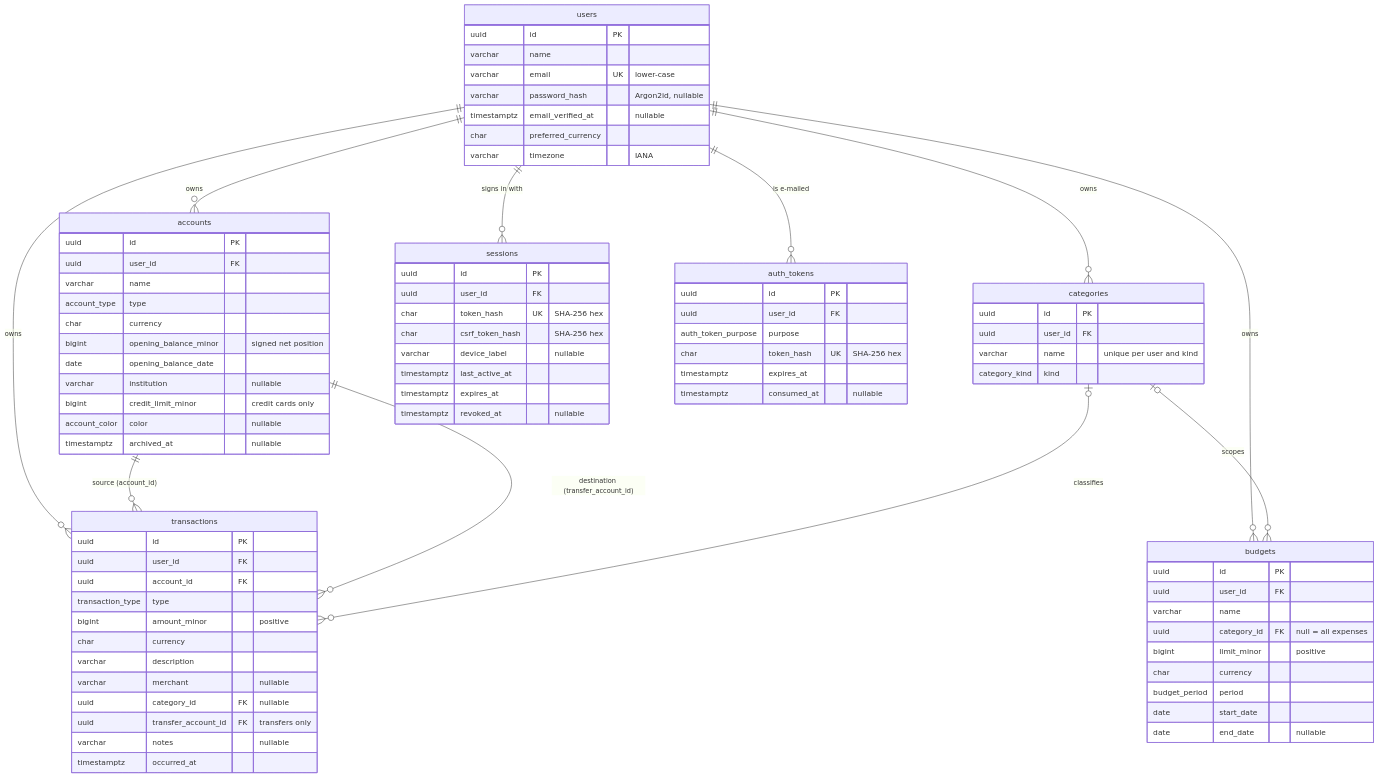
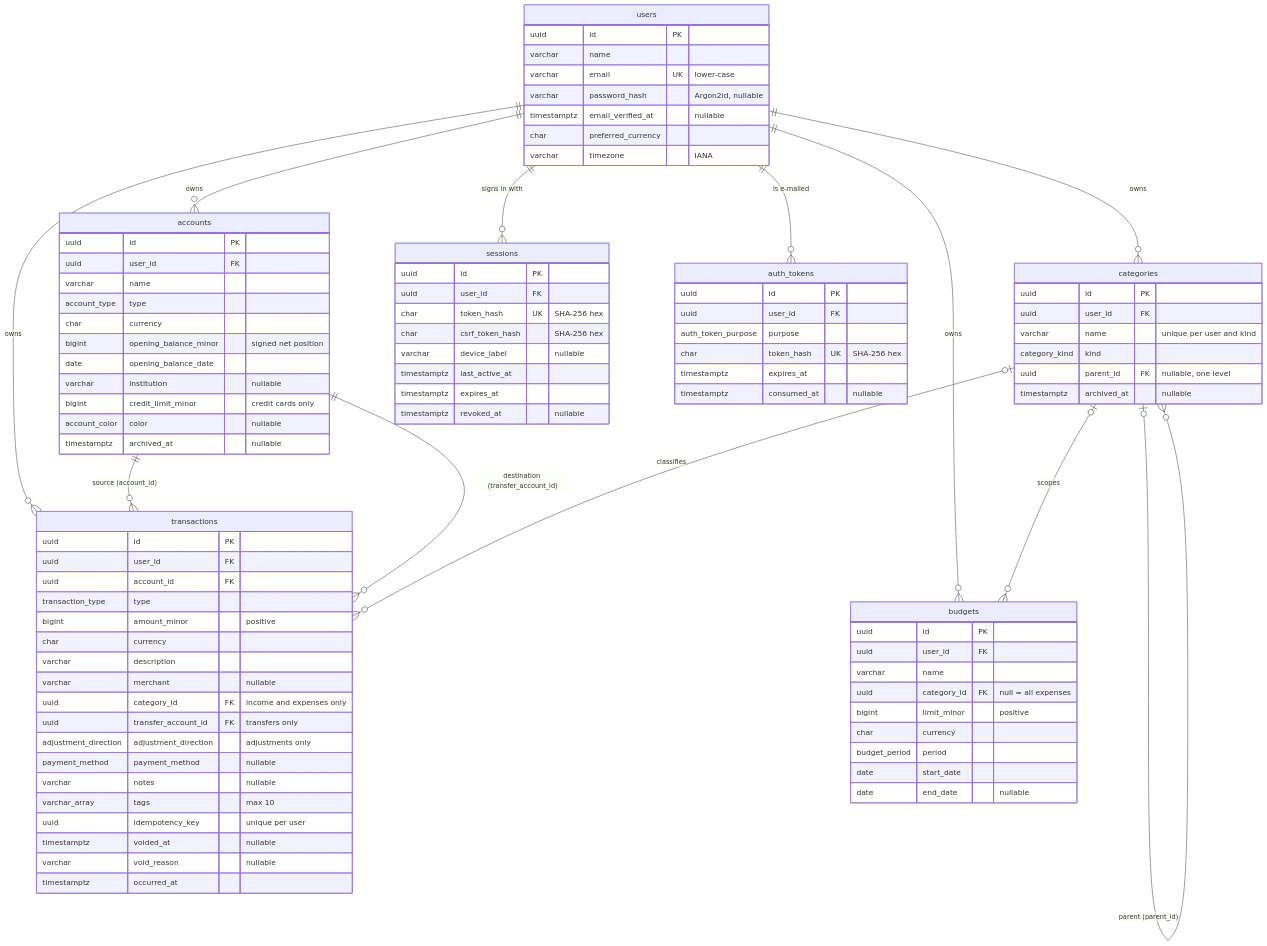
Before and after one commit to Dhruwvaviya999/calm-cash: the diagram in docs/database-design.md, drawn with Mermaid. The commit also changed other lines of this file and 101 other files, not shown here.

First line of the commit message:
feat(transactions): add transaction ledger, reconciliation, categories, and tags

```diff
--- a/docs/database-design.md
+++ b/docs/database-design.md
@@ -18,6 +18,7 @@
     users ||--o{ auth_tokens : "is e-mailed"
     accounts ||--o{ transactions : "source (account_id)"
     accounts ||--o{ transactions : "destination (transfer_account_id)"
+    categories |o--o{ categories : "parent (parent_id)"
     categories |o--o{ transactions : classifies
     categories |o--o{ budgets : scopes
 
@@ -66,6 +67,8 @@
         uuid user_id FK
         varchar name "unique per user and kind"
         category_kind kind
+        uuid parent_id FK "nullable, one level"
+        timestamptz archived_at "nullable"
     }
     transactions {
         uuid id PK
@@ -76,9 +79,15 @@
         char currency
         varchar description
         varchar merchant "nullable"
-        uuid category_id FK "nullable"
+        uuid category_id FK "income and expenses only"
         uuid transfer_account_id FK "transfers only"
+        adjustment_direction adjustment_direction "adjustments only"
+        payment_method payment_method "nullable"
         varchar notes "nullable"
+        varchar_array tags "max 10"
+        uuid idempotency_key "unique per user"
+        timestamptz voided_at "nullable"
+        varchar void_reason "nullable"
         timestamptz occurred_at
     }
     budgets {
```
